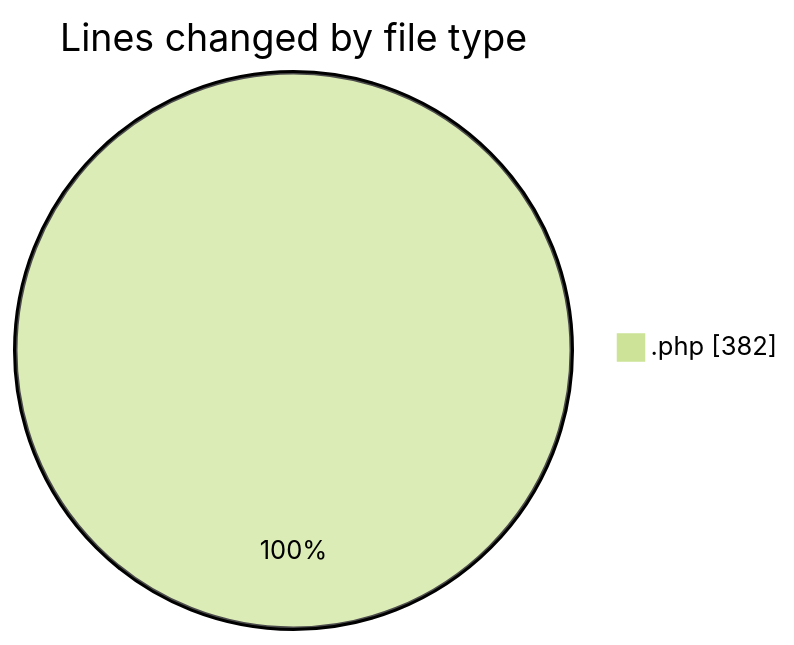
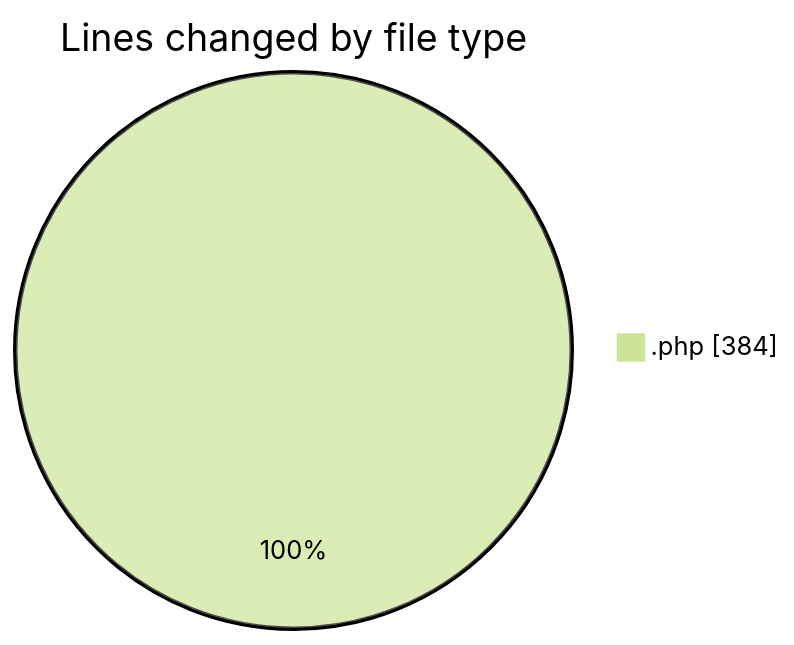
Before and after one commit to debugP/code-tracking: the first of 2 diagrams in 2025-09-23/plugins/README.md, drawn with Mermaid (forest theme). The commit also changed other lines of this file and 1 other file, not shown here.

````diff
--- a/2025-09-23/plugins/README.md
+++ b/2025-09-23/plugins/README.md
@@ -20,5 +20,5 @@
 ```mermaid
 pie showData
 title Lines changed by file type
-".php" : 382
+".php" : 384
 ```
````
